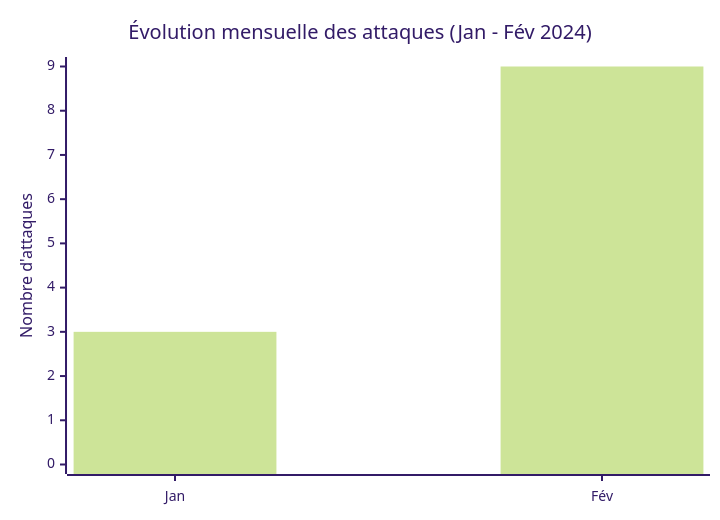
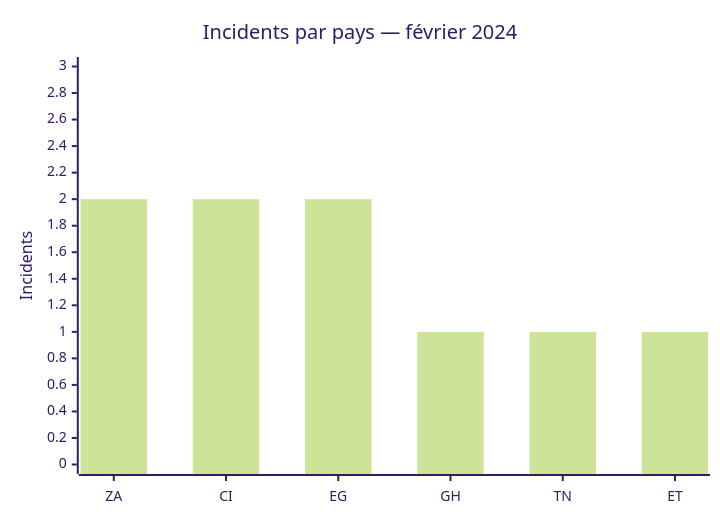
One commit to Hatchepsoute/AFRINTEL changed the first of 2 diagrams in CyberAttackAfrica/2024/02-february/README_FR.md. Above: the diagram before and after it, drawn with Mermaid (forest theme). The commit also changed other lines of this file and 109 other files, not shown here.

````diff
--- a/CyberAttackAfrica/2024/02-february/README_FR.md
+++ b/CyberAttackAfrica/2024/02-february/README_FR.md
@@ -150,7 +46,7 @@
 ```mermaid
-xychart-beta
-    title "Évolution mensuelle des attaques (Jan - Fév 2024)"
-    x-axis ["Jan", "Fév"]
-    y-axis "Nombre d'attaques" 0 --> 9
-    bar [3, 9]
+xychart
+    title "Incidents par pays — février 2024"
+    x-axis ["ZA","CI","EG","GH","TN","ET"]
+    y-axis "Incidents" 0 --> 3
+    bar [2,2,2,1,1,1]
 ```
````
